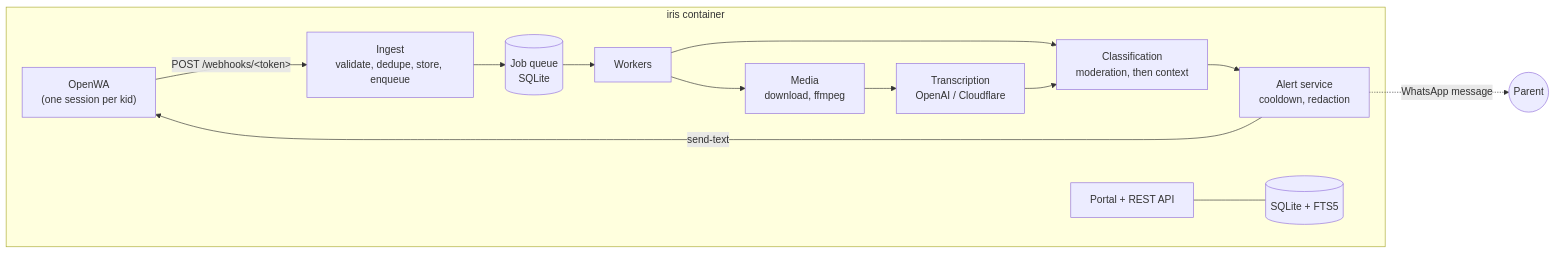
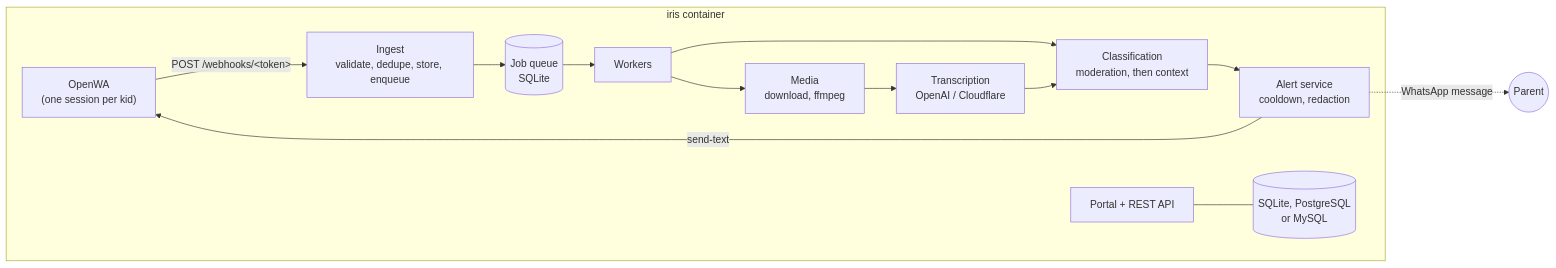
One commit to t0mer/Iris changed the diagram in README.md. Above: the diagram before and after it, drawn with Mermaid. The commit also changed other lines of this file and 7 other files, not shown here.

````diff
--- a/README.md
+++ b/README.md
@@ -65,16 +67,16 @@
 ```mermaid
 flowchart LR
     OW["OpenWA<br/>(one session per kid)"] -- "POST /webhooks/&lt;token&gt;" --> IN
     subgraph iris ["iris container"]
         IN["Ingest<br/>validate, dedupe, store, enqueue"] --> Q[("Job queue<br/>SQLite")]
         Q --> W["Workers"]
         W --> M["Media<br/>download, ffmpeg"]
         M --> T["Transcription<br/>OpenAI / Cloudflare"]
         W --> C["Classification<br/>moderation, then context"]
         T --> C
         C --> A["Alert service<br/>cooldown, redaction"]
         A -- "send-text" --> OW
-        UI["Portal + REST API"] --- DB[("SQLite + FTS5")]
+        UI["Portal + REST API"] --- DB[("SQLite, PostgreSQL<br/>or MySQL")]
     end
     A -. "WhatsApp message" .-> P(("Parent"))
 ```
````
